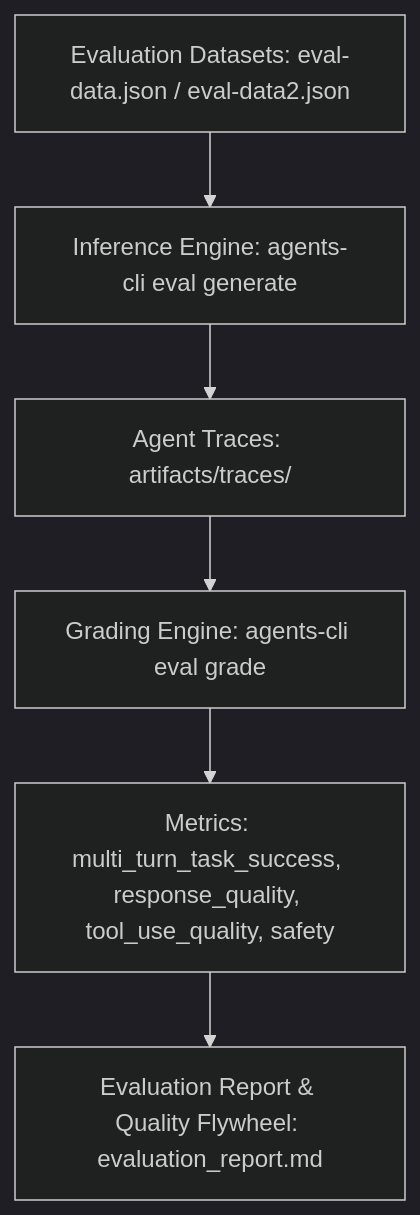
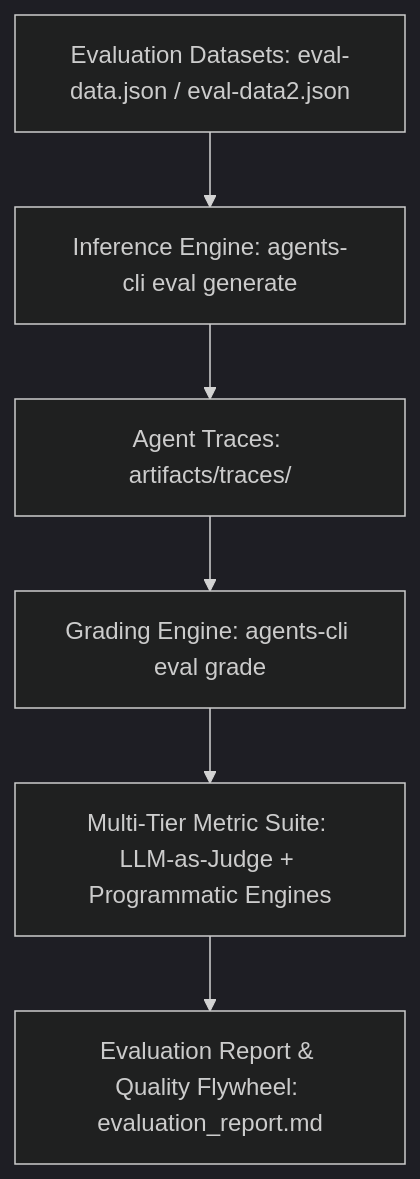
One commit to rubylye/cymbal-operations-agent changed the diagram in cymbal-operations-agent/tests/eval/evaluation_report.md. Above: the diagram before and after it, drawn with Mermaid (dark theme). The commit also changed other lines of this file and 3 other files, not shown here.

Commit message:
fix(eval): add programmatic validators, latency checks, multi-cloud SLA doc, and basic-dataset descriptions

````diff
--- a/cymbal-operations-agent/tests/eval/evaluation_report.md
+++ b/cymbal-operations-agent/tests/eval/evaluation_report.md
@@ -9,8 +9,8 @@
 ```mermaid
 graph TD
     A[Evaluation Datasets: eval-data.json / eval-data2.json] --> B[Inference Engine: agents-cli eval generate]
     B --> C[Agent Traces: artifacts/traces/]
     C --> D[Grading Engine: agents-cli eval grade]
-    D --> E[Metrics: multi_turn_task_success, response_quality, tool_use_quality, safety]
+    D --> E[Multi-Tier Metric Suite: LLM-as-Judge + Programmatic Engines]
     E --> F[Evaluation Report & Quality Flywheel: evaluation_report.md]
 ```
````
